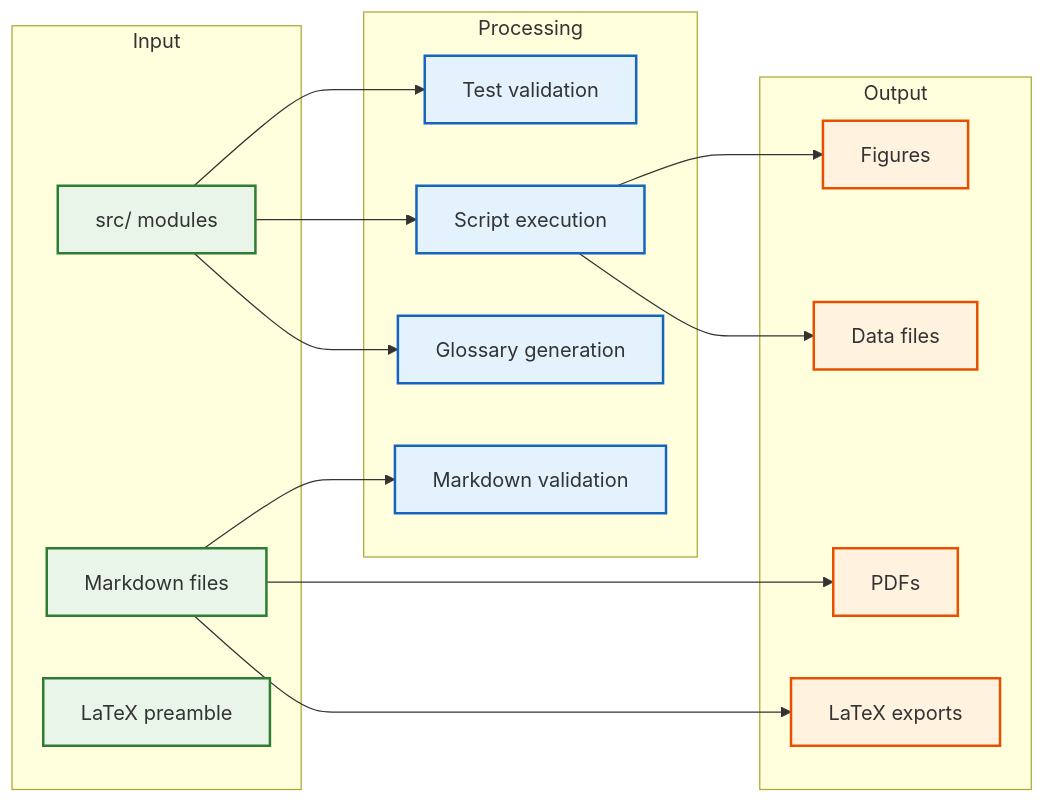
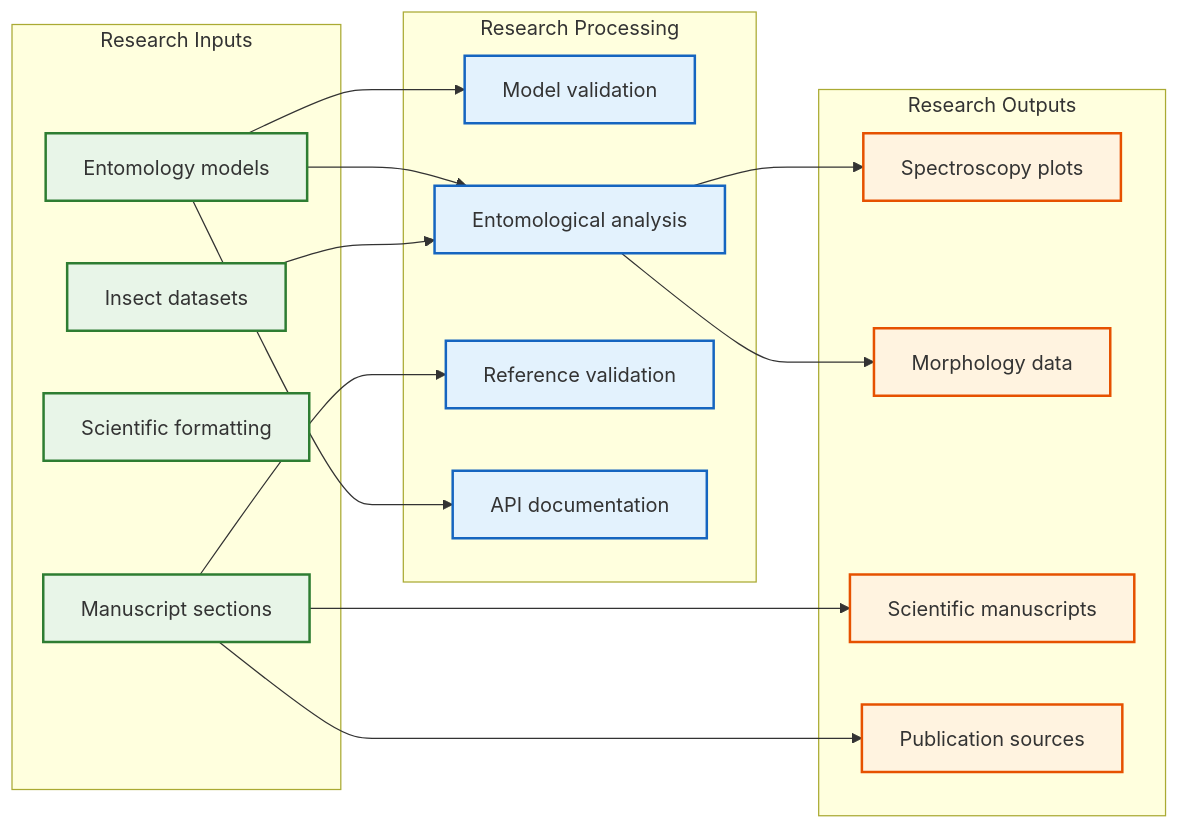
Before and after one commit to docxology/cohereants: the fourth of 4 diagrams in ARCHITECTURE.md, drawn with Mermaid. The commit also changed other lines of this file and 210 other files, not shown here.

````diff
--- a/ARCHITECTURE.md
+++ b/ARCHITECTURE.md
@@ -240,39 +257,41 @@
 ```mermaid
 graph LR
-    subgraph "Input"
-        SRC[src/ modules]
-        MD[Markdown files]
-        PREAMBLE[LaTeX preamble]
+    subgraph "Research Inputs"
+        SRC[Entomology models]
+        MD[Manuscript sections]
+        PREAMBLE[Scientific formatting]
+        DATA[Insect datasets]
     end
-    
-    subgraph "Processing"
-        TESTS[Test validation]
-        SCRIPTS[Script execution]
-        VALIDATION[Markdown validation]
-        GLOSSARY[Glossary generation]
+
+    subgraph "Research Processing"
+        TESTS[Model validation]
+        ANALYSIS[Entomological analysis]
+        VALIDATION[Reference validation]
+        GLOSSARY[API documentation]
     end
-    
-    subgraph "Output"
-        FIGS[Figures]
-        DATA[Data files]
-        PDFS[PDFs]
-        TEX[LaTeX exports]
+
+    subgraph "Research Outputs"
+        FIGS[Spectroscopy plots]
+        MORPHOLOGY[Morphology data]
+        PDFS[Scientific manuscripts]
+        TEX[Publication sources]
     end
-    
+
     SRC --> TESTS
-    SRC --> SCRIPTS
+    SRC --> ANALYSIS
     MD --> VALIDATION
     SRC --> GLOSSARY
-    SCRIPTS --> FIGS
-    SCRIPTS --> DATA
+    ANALYSIS --> FIGS
+    ANALYSIS --> MORPHOLOGY
     MD --> PDFS
     MD --> TEX
-    
+    DATA --> ANALYSIS
+
     classDef input fill:#e8f5e8,stroke:#2e7d32,stroke-width:2px
     classDef process fill:#e3f2fd,stroke:#1565c0,stroke-width:2px
     classDef output fill:#fff3e0,stroke:#e65100,stroke-width:2px
-    
-    class SRC,MD,PREAMBLE input
-    class TESTS,SCRIPTS,VALIDATION,GLOSSARY process
-    class FIGS,DATA,PDFS,TEX output
+
+    class SRC,MD,PREAMBLE,DATA input
+    class TESTS,ANALYSIS,VALIDATION,GLOSSARY process
+    class FIGS,MORPHOLOGY,PDFS,TEX output
 ```
````
